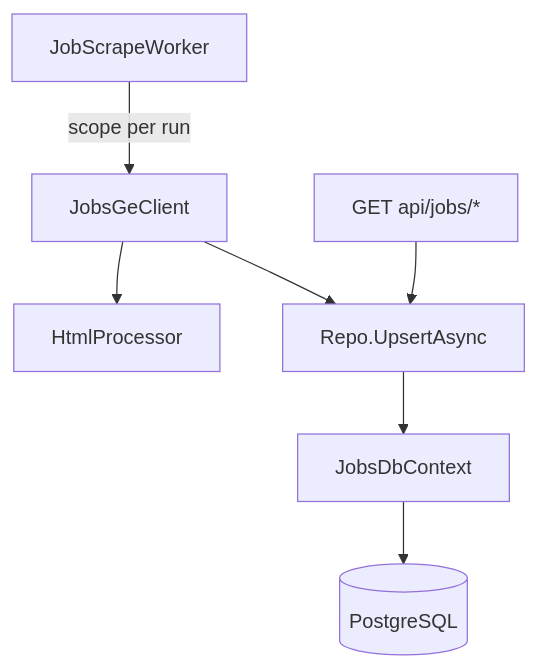
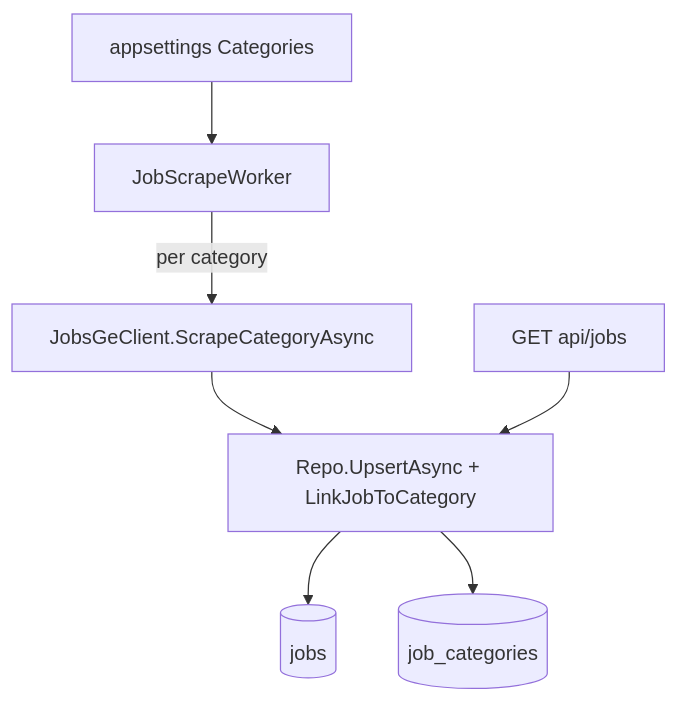
One commit to gotsiridzes/JobsGeParser changed the diagram in Readme.MD. Above: the diagram before and after it, drawn with Mermaid. The commit also changed other lines of this file and 27 other files, not shown here.

Commit message:
add job scraping endpoints, add categories

````diff
--- a/Readme.MD
+++ b/Readme.MD
@@ -42,9 +37,9 @@
 ```mermaid
 flowchart TB
-    Worker[JobScrapeWorker] -->|"scope per run"| Client[JobsGeClient]
-    Client --> Processor[HtmlProcessor]
-    Client --> Repo[Repo.UpsertAsync]
-    Endpoints[GET api/jobs/*] --> Repo
-    Repo --> DbContext[JobsDbContext]
-    DbContext --> PG[(PostgreSQL)]
+    Config[appsettings Categories] --> Worker[JobScrapeWorker]
+    Worker -->|"per category"| Client[JobsGeClient.ScrapeCategoryAsync]
+    Client --> Repo[Repo.UpsertAsync + LinkJobToCategory]
+    Repo --> Jobs[(jobs)]
+    Repo --> JobCategories[(job_categories)]
+    Endpoints[GET api/jobs] --> Repo
 ```
````
